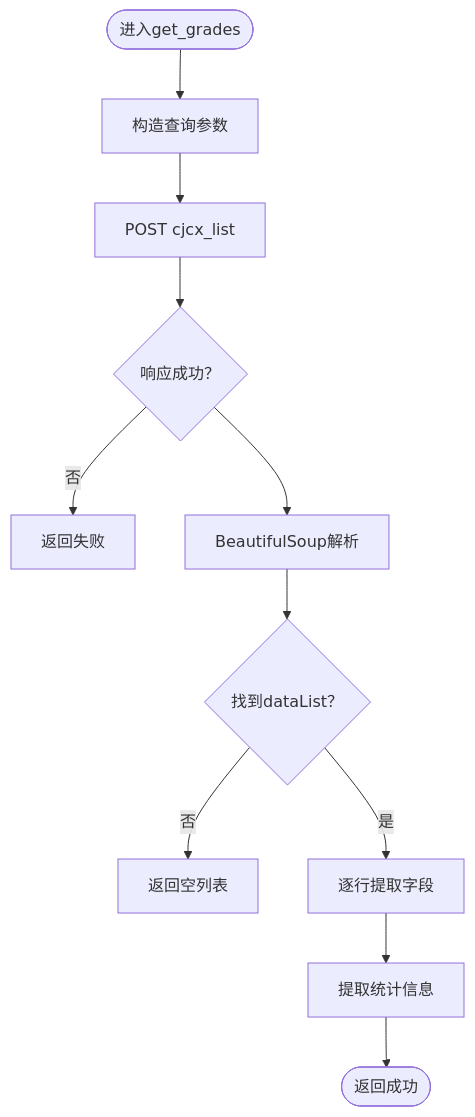
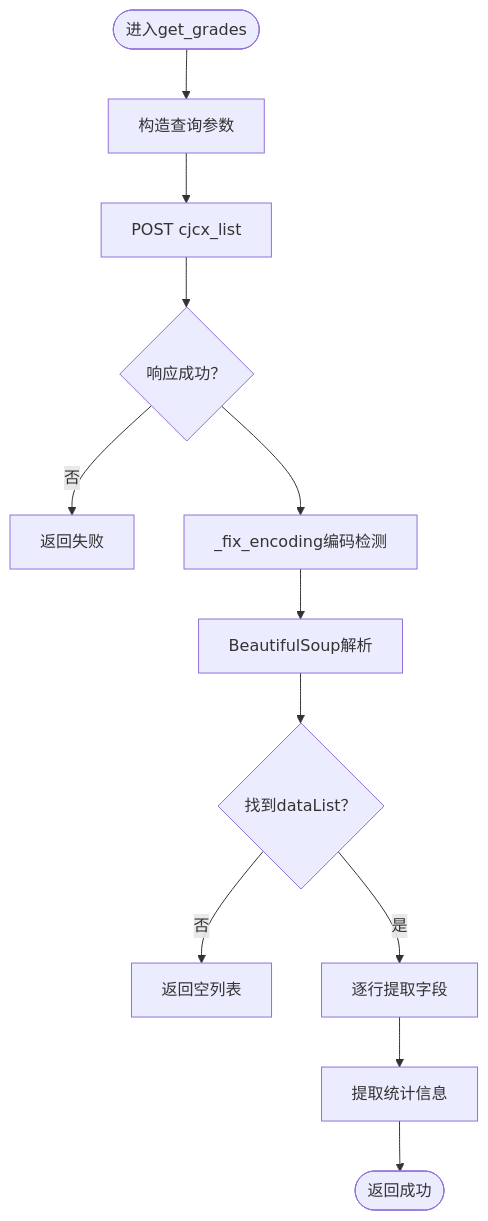
Before and after one commit to ghbbn053-ship-itsoulddog/soulddog: the fourth of 9 diagrams in .qoder/repowiki/zh/content/开发指南/调试工具/后端调试.md, drawn with Mermaid. The commit also changed other lines of this file and 2 other files, not shown here.

````diff
--- a/.qoder/repowiki/zh/content/开发指南/调试工具/后端调试.md
+++ b/.qoder/repowiki/zh/content/开发指南/调试工具/后端调试.md
@@ -177,13 +197,14 @@
 ```mermaid
 flowchart TD
 Enter(["进入get_grades"]) --> BuildParams["构造查询参数"]
 BuildParams --> PostUrl["POST cjcx_list"]
 PostUrl --> RespOK{"响应成功？"}
 RespOK --> |否| ReturnErr["返回失败"]
-RespOK --> Parse["BeautifulSoup解析"]
+RespOK --> FixEncoding["_fix_encoding编码检测"]
+FixEncoding --> Parse["BeautifulSoup解析"]
 Parse --> TableFound{"找到dataList？"}
 TableFound --> |否| Empty["返回空列表"]
 TableFound --> |是| Extract["逐行提取字段"]
 Extract --> Stats["提取统计信息"]
 Stats --> Done(["返回成功"])
 ```
````
